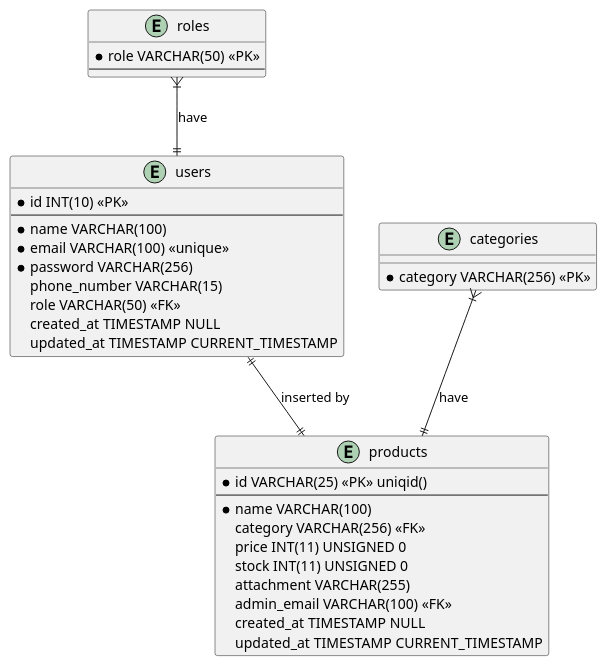
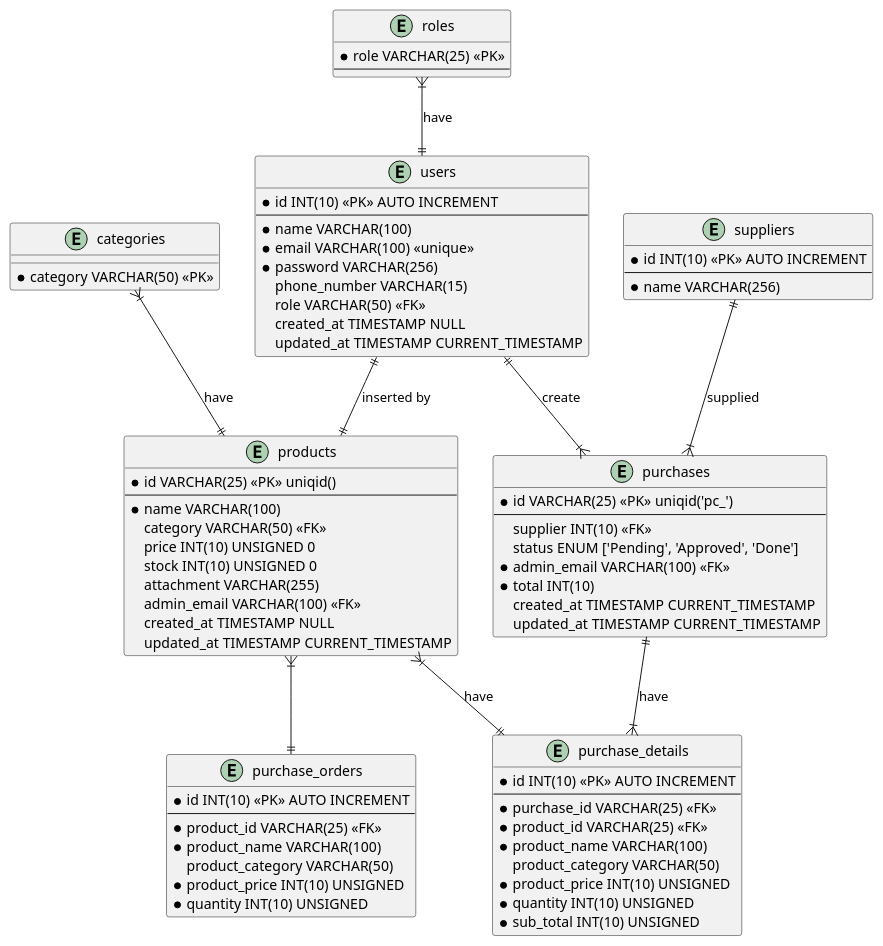
The diagram in docs/product-inventory.puml (doniduaasattuu/product-inventory), drawn with PlantUML before and after one commit. The commit also changed 46 other files, not shown here.

```diff
--- a/docs/product-inventory.puml
+++ b/docs/product-inventory.puml
@@ -1,41 +1,111 @@
 @startuml product inventory
 
     entity roles {
-        * role VARCHAR(50) <<PK>>
+        * role VARCHAR(25) <<PK>>
         --
     }
 
     entity users {
-        * id INT(10) <<PK>>
+        * id INT(10) <<PK>> AUTO INCREMENT
         --
         * name VARCHAR(100)
         * email VARCHAR(100) <<unique>>
         * password VARCHAR(256)
           phone_number VARCHAR(15)
           role VARCHAR(50) <<FK>>
           created_at TIMESTAMP NULL
           updated_at TIMESTAMP CURRENT_TIMESTAMP
     }
 
     entity categories {
-        * category VARCHAR(256) <<PK>>
+        * category VARCHAR(50) <<PK>>
     }
 
     entity products {
         * id VARCHAR(25) <<PK>> uniqid()
         --
         * name VARCHAR(100)
-          category VARCHAR(256) <<FK>>
-          price INT(11) UNSIGNED 0
-          stock INT(11) UNSIGNED 0
+          category VARCHAR(50) <<FK>>
+          price INT(10) UNSIGNED 0
+          stock INT(10) UNSIGNED 0
           attachment VARCHAR(255) 
           admin_email VARCHAR(100) <<FK>>
           created_at TIMESTAMP NULL
           updated_at TIMESTAMP CURRENT_TIMESTAMP
     }
 
+    entity suppliers {
+        * id INT(10) <<PK>> AUTO INCREMENT
+        --
+        * name VARCHAR(256)
+    }
+
+    entity purchases {
+        * id VARCHAR(25) <<PK>> uniqid('pc_')
+        --
+          supplier INT(10) <<FK>>
+          status ENUM ['Pending', 'Approved', 'Done']
+        * admin_email VARCHAR(100) <<FK>>
+        * total INT(10)
+          created_at TIMESTAMP CURRENT_TIMESTAMP
+          updated_at TIMESTAMP CURRENT_TIMESTAMP
+    }
+
+    entity purchase_details {
+        * id INT(10) <<PK>> AUTO INCREMENT
+        --
+        * purchase_id VARCHAR(25) <<FK>>
+        * product_id VARCHAR(25) <<FK>>
+        * product_name VARCHAR(100)
+          product_category VARCHAR(50)
+        * product_price INT(10) UNSIGNED
+        * quantity INT(10) UNSIGNED
+        * sub_total INT(10) UNSIGNED
+    }
+
+    entity purchase_orders {
+        * id INT(10) <<PK>> AUTO INCREMENT
+        --
+        * product_id VARCHAR(25) <<FK>>
+        * product_name VARCHAR(100)
+          product_category VARCHAR(50)
+        * product_price INT(10) UNSIGNED
+        * quantity INT(10) UNSIGNED
+    }
+
+    ' entity customers {
+    '     * id INT(10) <<PK>> AUTO INCREMENT
+    '     --
+    '     * name VARCHAR(256)
+    ' }
+
+    ' entity sale_details {
+    '     * id VARCHAR(25) <<PK>> uniqid('pcd_)
+    '     --
+    '     * product_id VARCHAR(25) <<FK>>
+    '     * product_name
+    '     * product_category
+    '     * quantity INT(10)
+    ' }
+
+    ' entity sales {
+    '     * id VARCHAR(25) <<PK>> uniqid('sl_')
+    '     --
+    '     * sale_detail VARCHAR(25) <<FK>>
+    '       customer INT(10) <<FK>>
+    '     * admin_email VARCHAR(100) <<FK>>
+    '       status ENUM ['Pending', 'Sent']
+    '       created_at TIMESTAMP NULL
+    '       updated_at TIMESTAMP CURRENT_TIMESTAMP
+    ' }
+
    roles }|--|| users : have
    categories }|--|| products : have
    users ||--|| products : inserted by
+   suppliers ||--|{ purchases : supplied
+   purchases ||--|{ purchase_details : have
+   users ||--|{ purchases : create
+   products }|--|| purchase_details : have
+   products }|--|| purchase_orders
 
 @enduml
```
